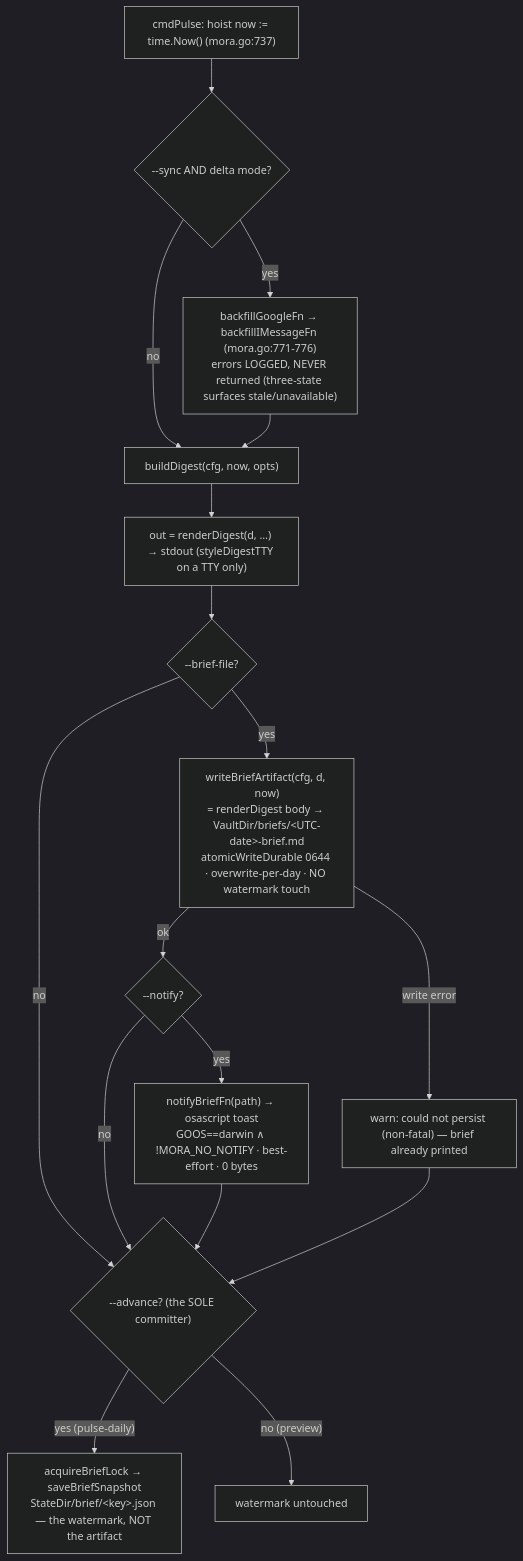
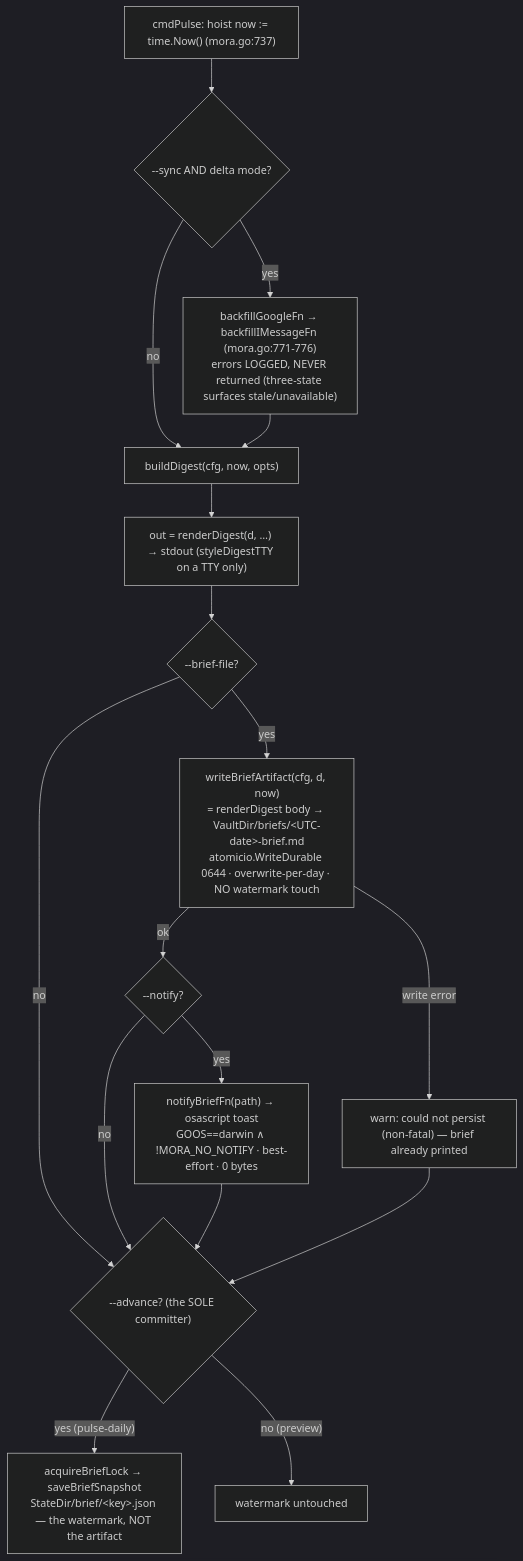
The third of 6 diagrams in docs/architecture/07-synthesis-think-digest.md (pyranthus-hq/mora), drawn with Mermaid (dark theme) before and after one commit. The commit also changed other lines of this file and 112 other files, not shown here.

````diff
--- a/docs/architecture/07-synthesis-think-digest.md
+++ b/docs/architecture/07-synthesis-think-digest.md
@@ -278,19 +278,19 @@
 ```mermaid
 flowchart TD
   PULSE["cmdPulse: hoist now := time.Now() (mora.go:737)"] --> SYNCQ{"--sync AND delta mode?"}
   SYNCQ -->|yes| SYNC["backfillGoogleFn → backfillIMessageFn (mora.go:771-776)<br/>errors LOGGED, NEVER returned (three-state surfaces stale/unavailable)"]
   SYNCQ -->|no| BUILD
   SYNC --> BUILD["buildDigest(cfg, now, opts)"]
   BUILD --> RENDER["out = renderDigest(d, …) → stdout (styleDigestTTY on a TTY only)"]
   RENDER --> BFQ{"--brief-file?"}
   BFQ -->|no| ADV
-  BFQ -->|yes| ART["writeBriefArtifact(cfg, d, now)<br/>= renderDigest body → VaultDir/briefs/&lt;UTC-date&gt;-brief.md<br/>atomicWriteDurable 0644 · overwrite-per-day · NO watermark touch"]
+  BFQ -->|yes| ART["writeBriefArtifact(cfg, d, now)<br/>= renderDigest body → VaultDir/briefs/&lt;UTC-date&gt;-brief.md<br/>atomicio.WriteDurable 0644 · overwrite-per-day · NO watermark touch"]
   ART -->|write error| WARN["warn: could not persist (non-fatal) — brief already printed"]
   ART -->|ok| NTQ{"--notify?"}
   NTQ -->|yes| TOAST["notifyBriefFn(path) → osascript toast<br/>GOOS==darwin ∧ !MORA_NO_NOTIFY · best-effort · 0 bytes"]
   NTQ -->|no| ADV
   TOAST --> ADV{"--advance? (the SOLE committer)"}
   WARN --> ADV
   ADV -->|"yes (pulse-daily)"| WM["acquireBriefLock → saveBriefSnapshot<br/>StateDir/brief/&lt;key&gt;.json — the watermark, NOT the artifact"]
   ADV -->|"no (preview)"| NOOP["watermark untouched"]
 ```
````
